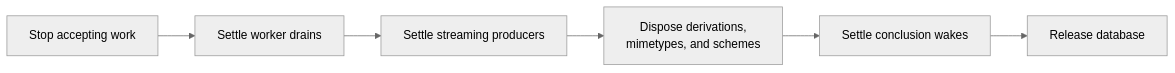
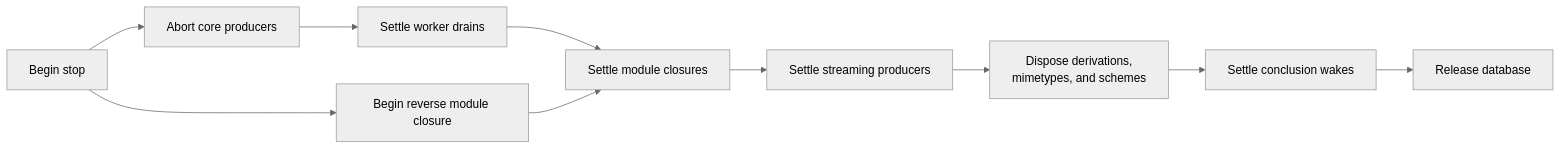
Before and after one commit to plurnk/plurnk-service: diagram 14 of 20 in plurnk-core/SPEC.md, drawn with Mermaid (neutral theme). The commit also changed other lines of this file and 11 other files, not shown here.

````diff
--- a/plurnk-core/SPEC.md
+++ b/plurnk-core/SPEC.md
@@ -2419,8 +2426,12 @@
 ```mermaid
 flowchart LR
-    stop[Stop accepting work] --> drains[Settle worker drains]
-    drains --> producers[Settle streaming producers]
+    stop[Begin stop] --> abort[Abort core producers]
+    stop --> moduleClose[Begin reverse module closure]
+    abort --> drains[Settle worker drains]
+    drains --> joined[Settle module closures]
+    moduleClose --> joined
+    joined --> producers[Settle streaming producers]
     producers --> resources[Dispose derivations,<br/>mimetypes, and schemes]
     resources --> wakes[Settle conclusion wakes]
     wakes --> database[Release database]
 ```
````
